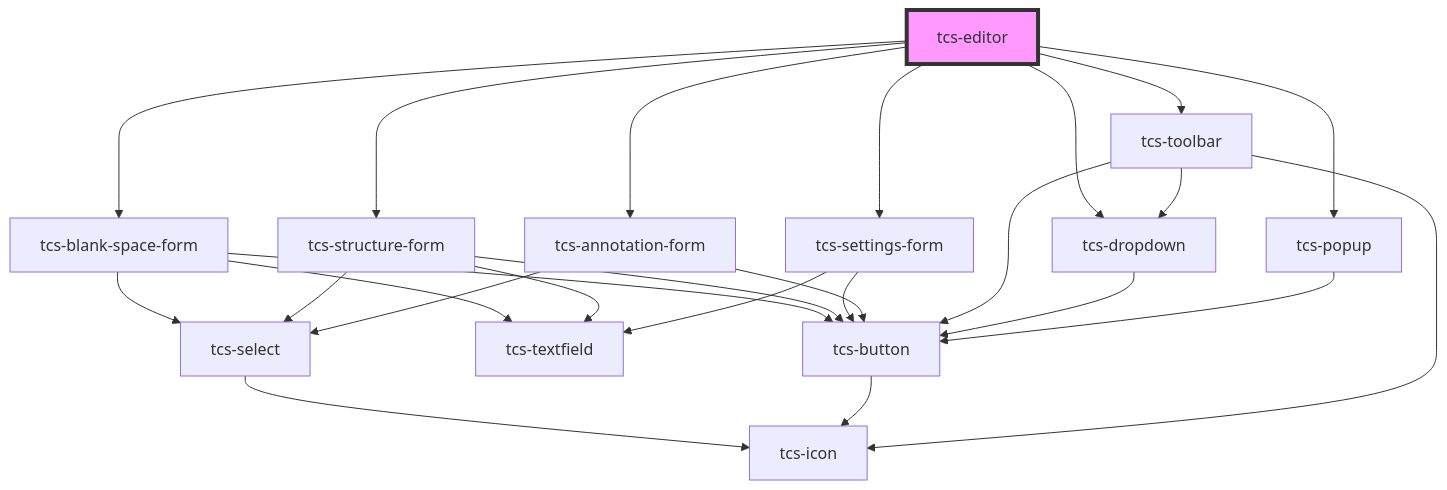
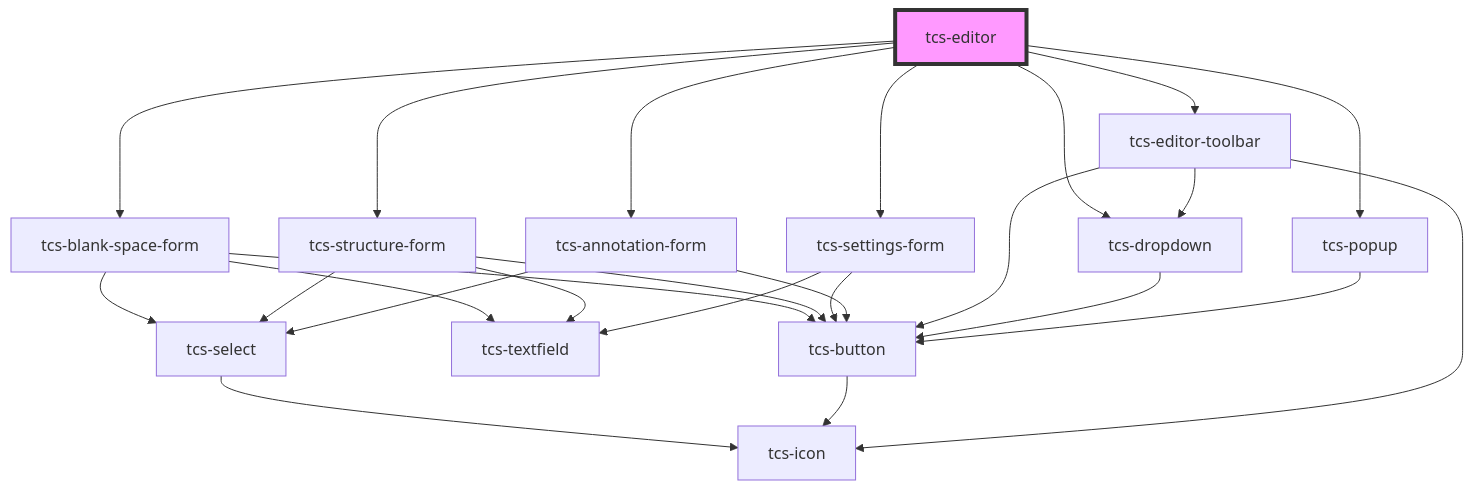
One commit to scribes-app/tei-component-suite changed the diagram in src/components/tcs-editor/readme.md. Above: the diagram before and after it, drawn with Mermaid. The commit also changed other lines of this file and 17 other files, not shown here.

````diff
--- a/src/components/tcs-editor/readme.md
+++ b/src/components/tcs-editor/readme.md
@@ -98,28 +98,28 @@
 ```mermaid
 graph TD;
   tcs-editor --> tcs-blank-space-form
   tcs-editor --> tcs-structure-form
   tcs-editor --> tcs-settings-form
   tcs-editor --> tcs-annotation-form
-  tcs-editor --> tcs-toolbar
+  tcs-editor --> tcs-editor-toolbar
   tcs-editor --> tcs-dropdown
   tcs-editor --> tcs-popup
   tcs-blank-space-form --> tcs-select
   tcs-blank-space-form --> tcs-textfield
   tcs-blank-space-form --> tcs-button
   tcs-select --> tcs-icon
   tcs-button --> tcs-icon
   tcs-structure-form --> tcs-select
   tcs-structure-form --> tcs-textfield
   tcs-structure-form --> tcs-button
   tcs-settings-form --> tcs-textfield
   tcs-settings-form --> tcs-button
   tcs-annotation-form --> tcs-select
   tcs-annotation-form --> tcs-button
-  tcs-toolbar --> tcs-button
-  tcs-toolbar --> tcs-dropdown
-  tcs-toolbar --> tcs-icon
+  tcs-editor-toolbar --> tcs-button
+  tcs-editor-toolbar --> tcs-dropdown
+  tcs-editor-toolbar --> tcs-icon
   tcs-dropdown --> tcs-button
   tcs-popup --> tcs-button
   style tcs-editor fill:#f9f,stroke:#333,stroke-width:4px
 ```
````
